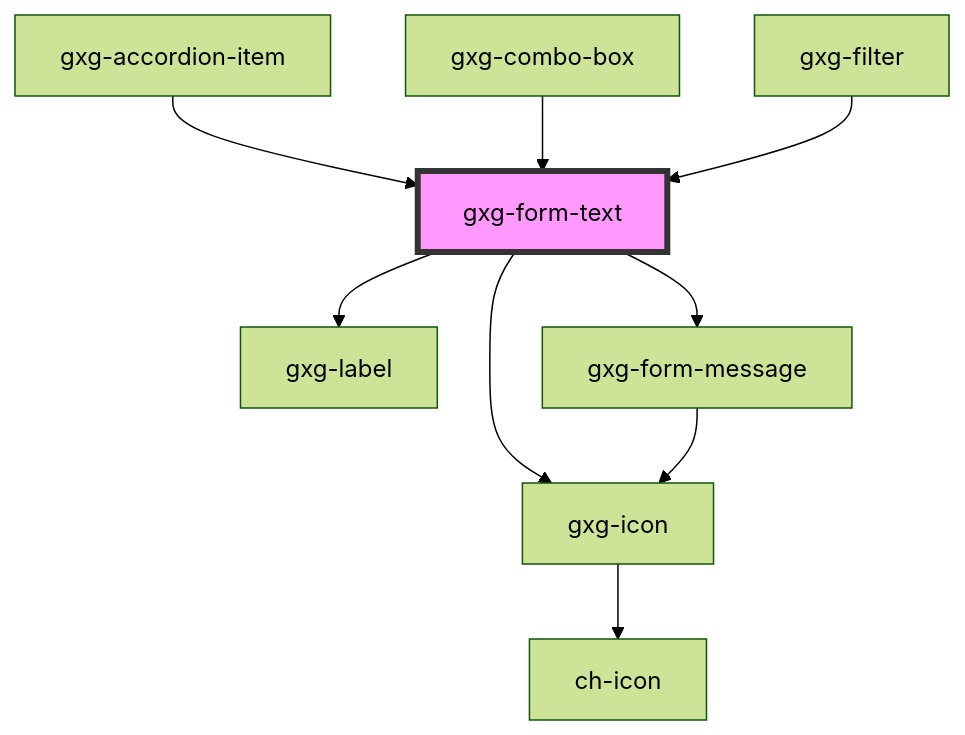
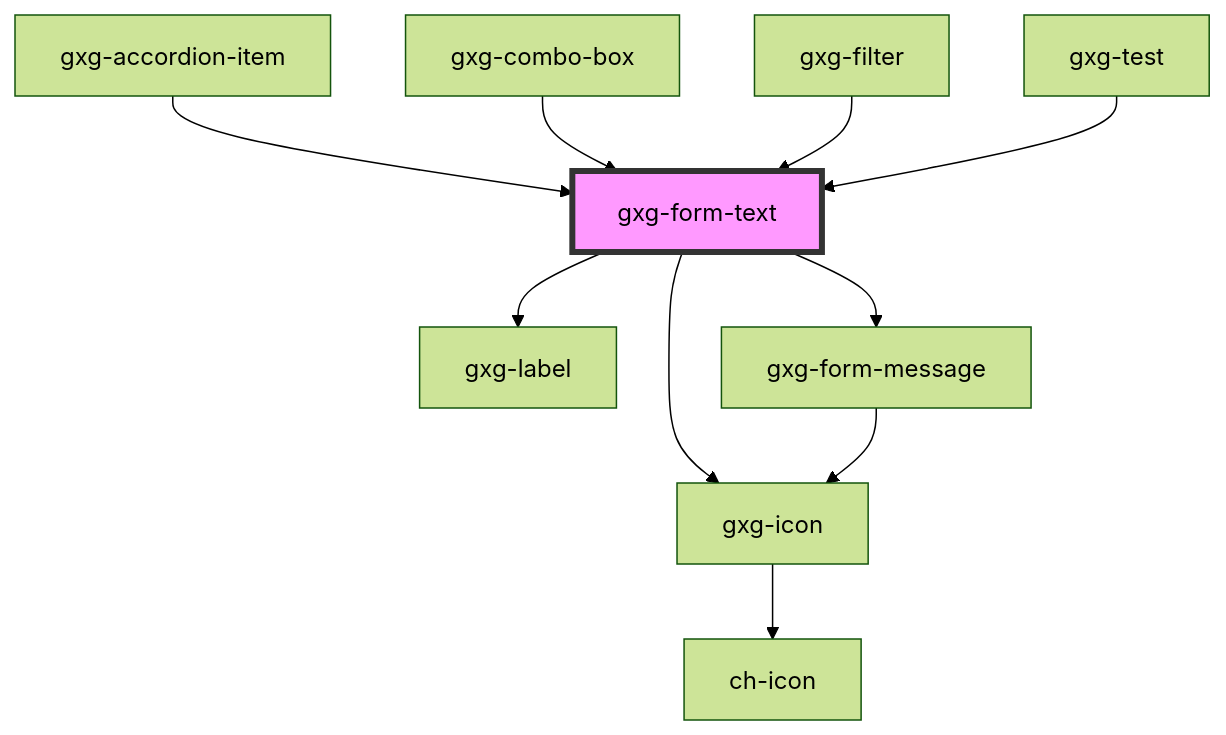
The diagram in src/components/form-text/readme.md (genexuslabs/gemini), drawn with Mermaid (forest theme) before and after one commit. The commit also changed other lines of this file and 24 other files, not shown here.

````diff
--- a/src/components/form-text/readme.md
+++ b/src/components/form-text/readme.md
@@ -143,12 +144,13 @@
 ```mermaid
 graph TD;
   gxg-form-text --> gxg-icon
   gxg-form-text --> gxg-label
   gxg-form-text --> gxg-form-message
   gxg-icon --> ch-icon
   gxg-form-message --> gxg-icon
   gxg-accordion-item --> gxg-form-text
   gxg-combo-box --> gxg-form-text
   gxg-filter --> gxg-form-text
+  gxg-test --> gxg-form-text
   style gxg-form-text fill:#f9f,stroke:#333,stroke-width:4px
 ```
````
